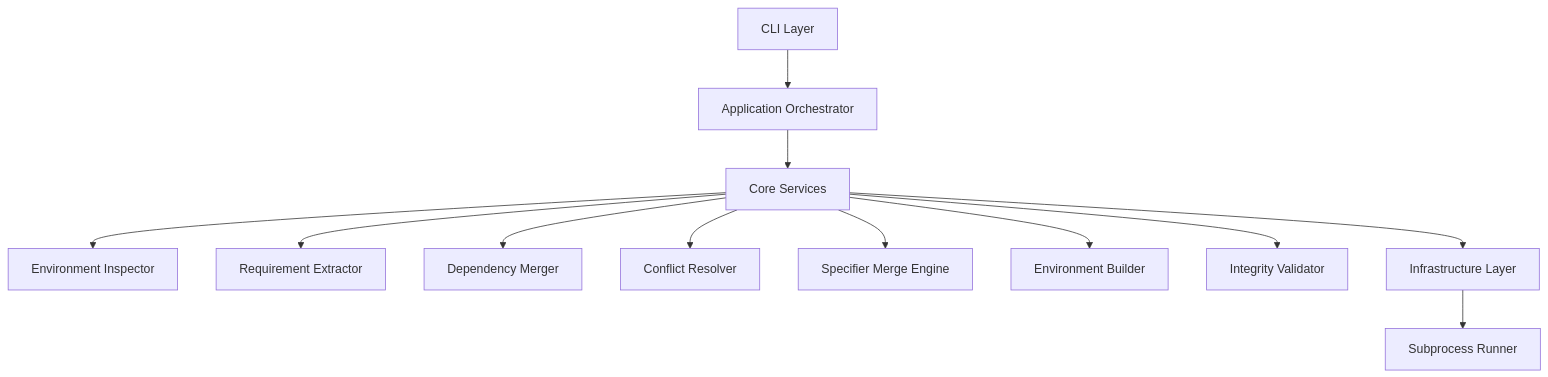
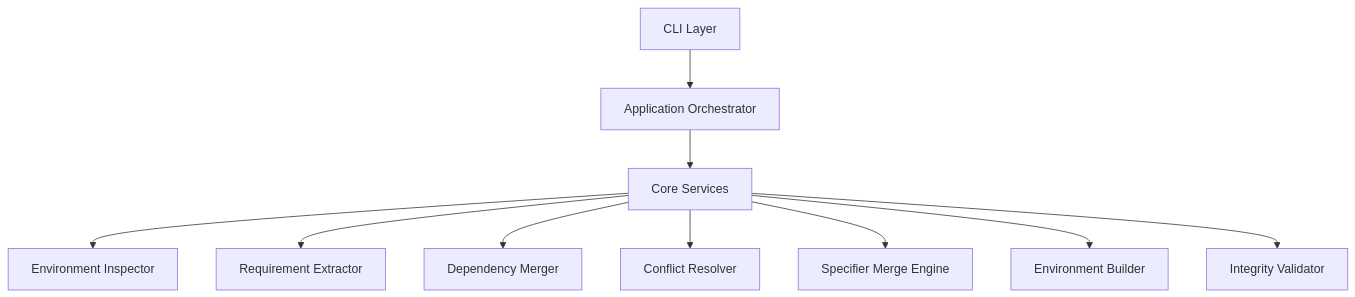
One commit to vishwanathdvgmm/pyvenvmerge changed the first of 2 diagrams in ARCHITECTURE.md. Above: the diagram before and after it, drawn with Mermaid. The commit also changed other lines of this file and 6 other files, not shown here.

````diff
--- a/ARCHITECTURE.md
+++ b/ARCHITECTURE.md
@@ -3,18 +3,15 @@
 ```mermaid
 flowchart TD
 CLI[CLI Layer] --> Orchestrator[Application Orchestrator]
 
     Orchestrator --> Core[Core Services]
 
     Core --> EnvInspector[Environment Inspector]
     Core --> ReqExtractor[Requirement Extractor]
     Core --> DepMerger[Dependency Merger]
     Core --> ConflictResolver[Conflict Resolver]
     Core --> SpecMerge[Specifier Merge Engine]
     Core --> Executor[Environment Builder]
     Core --> IntegrityValidator[Integrity Validator]
 
-    Core --> Infra[Infrastructure Layer]
-
-    Infra --> SubprocessRunner[Subprocess Runner]
 ```
````
